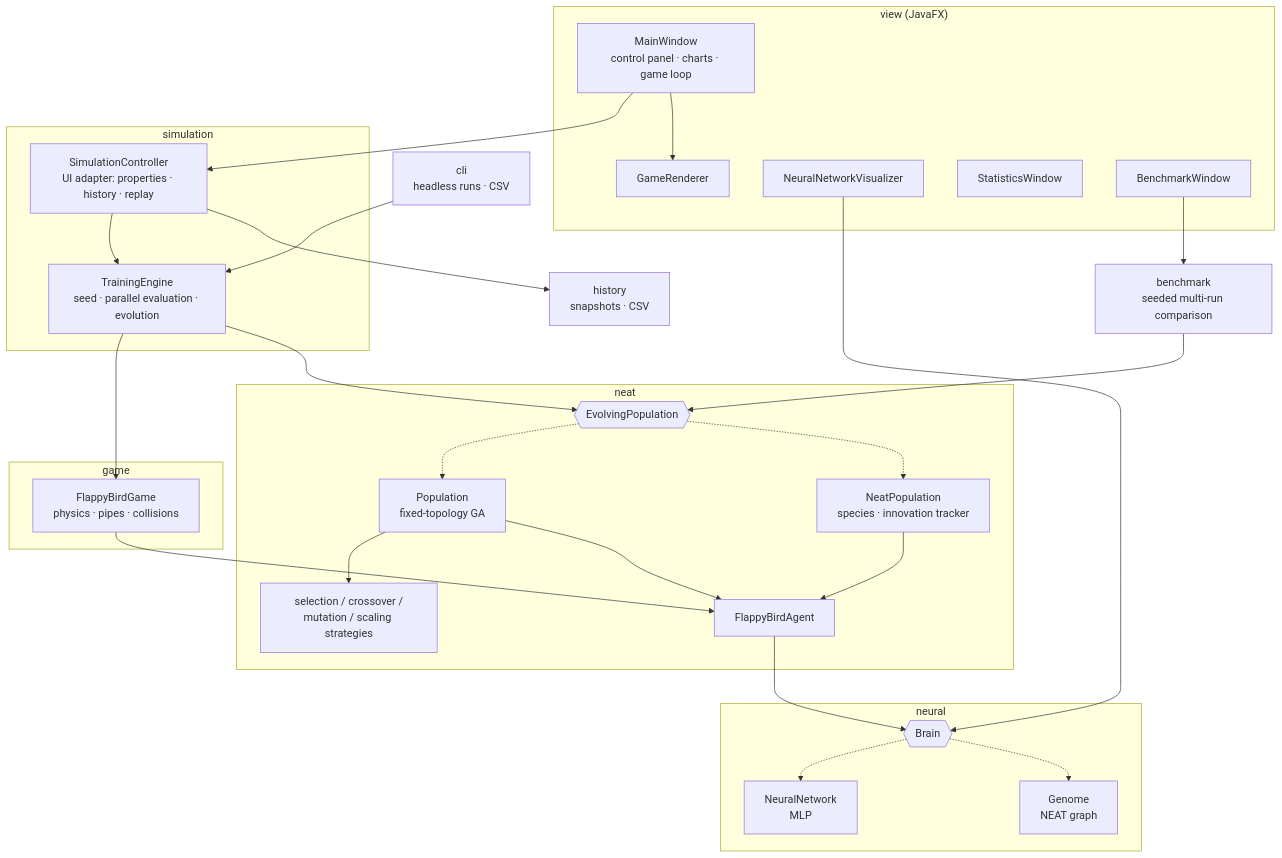
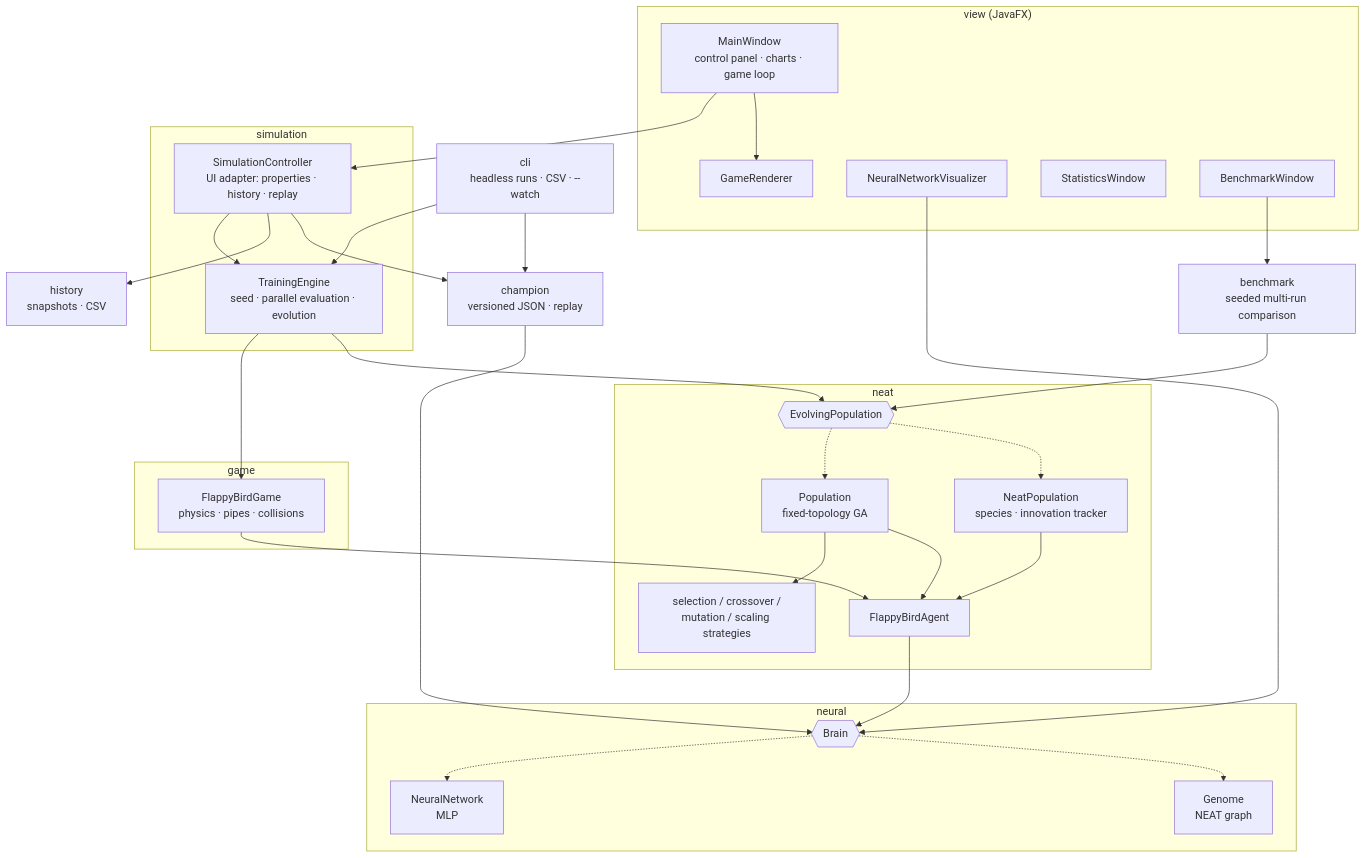
One commit to guillesanper/FlappyBirdNeat changed the second of 2 diagrams in README.md. Above: the diagram before and after it, drawn with Mermaid. The commit also changed other lines of this file and 1 other file, not shown here.

````diff
--- a/README.md
+++ b/README.md
@@ -90,48 +109,52 @@
 ```mermaid
 flowchart TB
     subgraph View["view (JavaFX)"]
         UI[MainWindow<br/>control panel · charts · game loop]
         GR[GameRenderer]
         NV[NeuralNetworkVisualizer]
         SW[StatisticsWindow]
         BW[BenchmarkWindow]
     end
-    CLI[cli<br/>headless runs · CSV]
+    CLI[cli<br/>headless runs · CSV · --watch]
+    CH[champion<br/>versioned JSON · replay]
     subgraph Core["simulation"]
         SC[SimulationController<br/>UI adapter: properties · history · replay]
         TE[TrainingEngine<br/>seed · parallel evaluation · evolution]
     end
     subgraph Game["game"]
         G[FlappyBirdGame<br/>physics · pipes · collisions]
     end
     subgraph Evo["neat"]
         EP{{EvolvingPopulation}}
         P[Population<br/>fixed-topology GA]
         NP[NeatPopulation<br/>species · innovation tracker]
         OPS[selection / crossover /<br/>mutation / scaling strategies]
         A[FlappyBirdAgent]
     end
     subgraph Brain["neural"]
         BR{{Brain}}
         NN[NeuralNetwork<br/>MLP]
         GE[Genome<br/>NEAT graph]
     end
     H[history<br/>snapshots · CSV]
     BM[benchmark<br/>seeded multi-run comparison]
 
     UI --> SC
     UI --> GR
     NV --> BR
     SC --> TE
     SC --> H
     CLI --> TE
+    CLI --> CH
+    SC --> CH
+    CH --> BR
     TE --> G
     TE --> EP
     BW --> BM --> EP
     EP -.-> P & NP
     P --> OPS
     P & NP --> A
     G --> A
     A --> BR
     BR -.-> NN & GE
 ```
````
